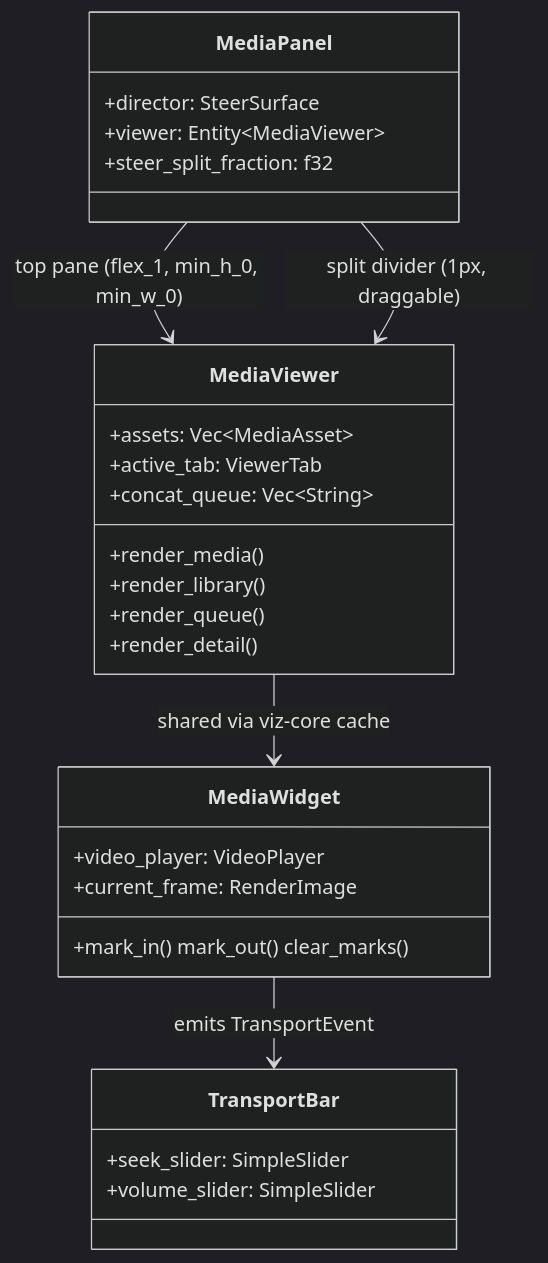
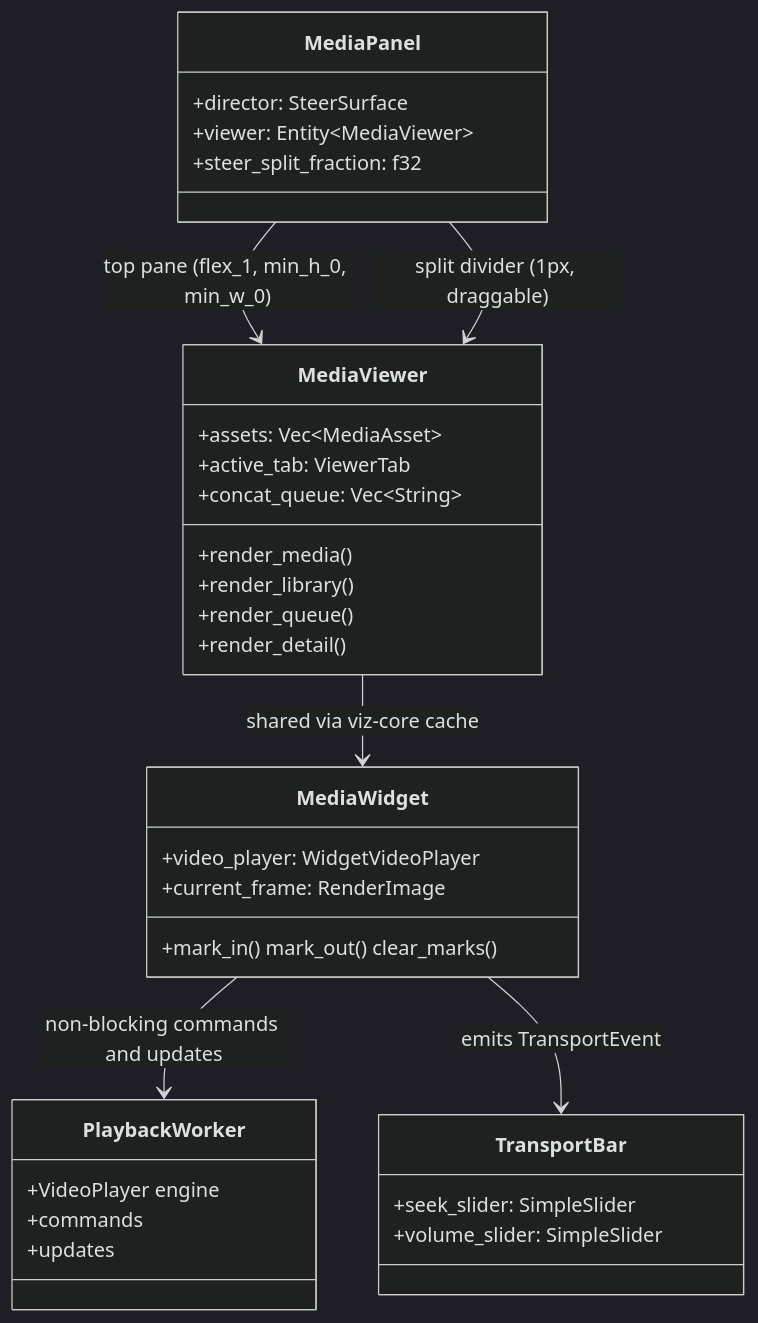
The diagram in kask/docs/diataxis/media_panel/reference.md (mdz-axo/zed-kask), drawn with Mermaid (dark theme) before and after one commit. The commit also changed other lines of this file and 6 other files, not shown here.

First line of the commit message:
Move video playback off the UI thread

````diff
--- a/kask/docs/diataxis/media_panel/reference.md
+++ b/kask/docs/diataxis/media_panel/reference.md
@@ -23,30 +23,36 @@
 ```mermaid
 classDiagram
     class MediaPanel {
         +director: SteerSurface
         +viewer: Entity~MediaViewer~
         +steer_split_fraction: f32
     }
     class MediaViewer {
         +assets: Vec~MediaAsset~
         +active_tab: ViewerTab
         +concat_queue: Vec~String~
         +render_media()
         +render_library()
         +render_queue()
         +render_detail()
     }
     class MediaWidget {
-        +video_player: VideoPlayer
+        +video_player: WidgetVideoPlayer
         +current_frame: RenderImage
         +mark_in() mark_out() clear_marks()
+    }
+    class PlaybackWorker {
+        +VideoPlayer engine
+        +commands
+        +updates
     }
     class TransportBar {
         +seek_slider: SimpleSlider
         +volume_slider: SimpleSlider
     }
     MediaPanel --> MediaViewer : top pane (flex_1, min_h_0, min_w_0)
     MediaPanel --> MediaViewer : split divider (1px, draggable)
     MediaViewer --> MediaWidget : shared via viz-core cache
+    MediaWidget --> PlaybackWorker : non-blocking commands and updates
     MediaWidget --> TransportBar : emits TransportEvent
 ```
````
